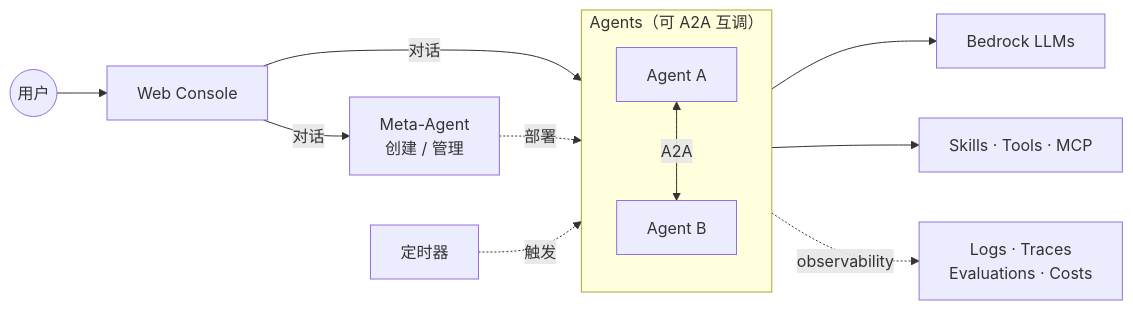
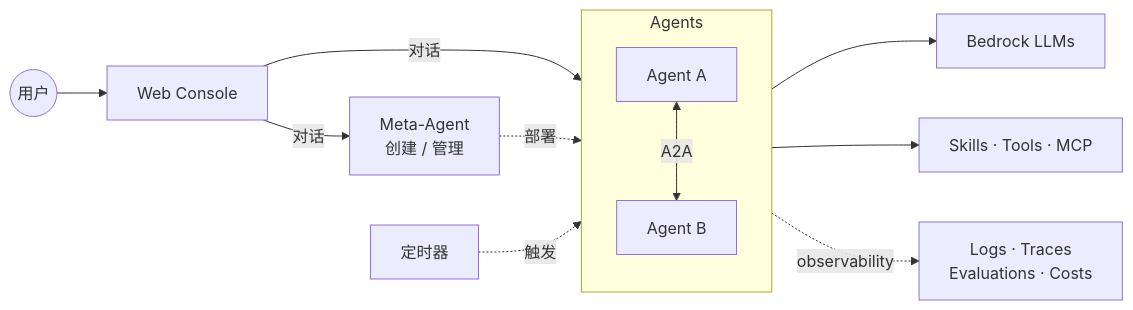
The first of 2 diagrams in README.md (ddpie/agent-studio), drawn with Mermaid before and after one commit. The commit also changed other lines of this file, not shown here.

Commit message:
docs(readme): drop redundant A2A caption on Agents subgraph label

````diff
--- a/README.md
+++ b/README.md
@@ -19,17 +19,17 @@
 ```mermaid
 graph LR
     User((用户)) --> Web[Web Console]
     Cron[定时器]
     Web -->|对话| Meta[Meta-Agent<br/>创建 / 管理]
 
-    subgraph Agents["Agents（可 A2A 互调）"]
+    subgraph Agents
         A1[Agent A] <-->|A2A| A2[Agent B]
     end
 
     Web -->|对话| Agents
     Meta -.部署.-> Agents
     Cron -.触发.-> Agents
     Agents --> LLM[Bedrock LLMs]
     Agents --> Ext[Skills · Tools · MCP]
     Agents -.observability.-> Obs[Logs · Traces<br/>Evaluations · Costs]
 ```
````
